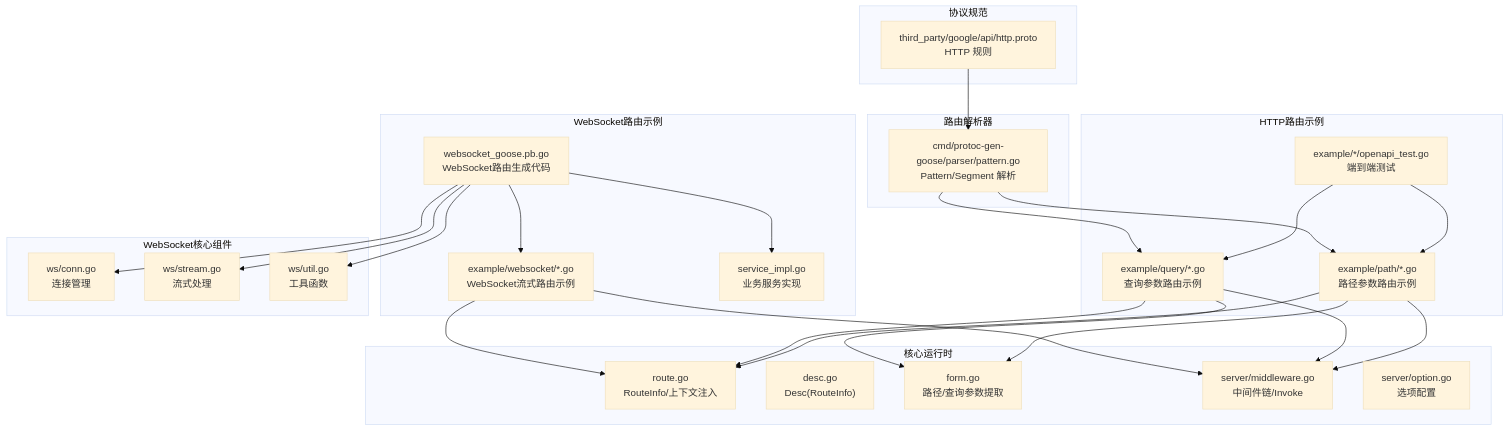
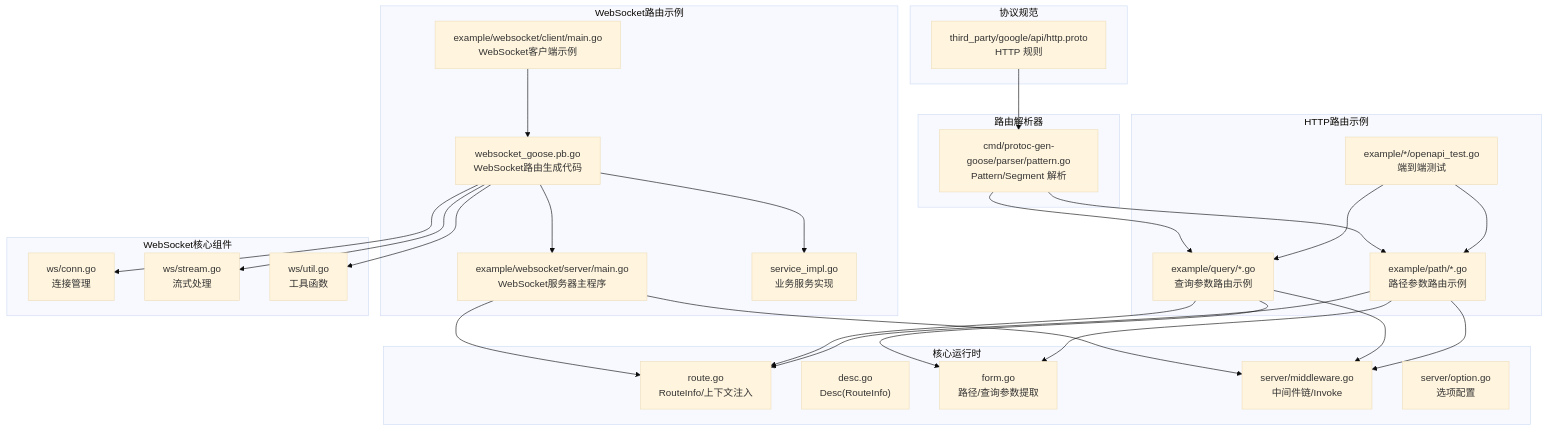
Before and after one commit to soyacen/goose: the first of 11 diagrams in .agents/repowiki/zh/content/HTTP 服务器框架/路由管理和处理.md, drawn with Mermaid (base theme). The commit also changed other lines of this file and 4 other files, not shown here.

Commit message:
Remove WebSocket client implementation from ws/client.go

````diff
--- a/.agents/repowiki/zh/content/HTTP 服务器框架/路由管理和处理.md
+++ b/.agents/repowiki/zh/content/HTTP 服务器框架/路由管理和处理.md
@@ -56,49 +57,51 @@
 ```mermaid
 graph TB
 subgraph "核心运行时"
 R["route.go<br/>RouteInfo/上下文注入"]
 D["desc.go<br/>Desc(RouteInfo)"]
 F["form.go<br/>路径/查询参数提取"]
 M["server/middleware.go<br/>中间件链/Invoke"]
 O["server/option.go<br/>选项配置"]
 end
 subgraph "路由解析器"
 P["cmd/protoc-gen-goose/parser/pattern.go<br/>Pattern/Segment 解析"]
 end
 subgraph "HTTP路由示例"
 EP["example/path/*.go<br/>路径参数路由示例"]
 EQ["example/query/*.go<br/>查询参数路由示例"]
 OTP["example/*/openapi_test.go<br/>端到端测试"]
 end
 subgraph "WebSocket路由示例"
-EW["example/websocket/*.go<br/>WebSocket流式路由示例"]
+EW["example/websocket/server/main.go<br/>WebSocket服务器主程序"]
 EWM["websocket_goose.pb.go<br/>WebSocket路由生成代码"]
 ES["service_impl.go<br/>业务服务实现"]
+EC["example/websocket/client/main.go<br/>WebSocket客户端示例"]
 end
 subgraph "WebSocket核心组件"
 WC["ws/conn.go<br/>连接管理"]
 WS["ws/stream.go<br/>流式处理"]
 WU["ws/util.go<br/>工具函数"]
 end
 subgraph "协议规范"
 HP["third_party/google/api/http.proto<br/>HTTP 规则"]
 end
 EP --> R
 EQ --> R
 EW --> R
 EP --> M
 EQ --> M
 EW --> M
 EP --> F
 EQ --> F
 OTP --> EP
 OTP --> EQ
 EWM --> EW
 EWM --> ES
 EWM --> WC
 EWM --> WS
 EWM --> WU
+EC --> EWM
 P --> EP
 P --> EQ
 HP --> P
 ```
````
